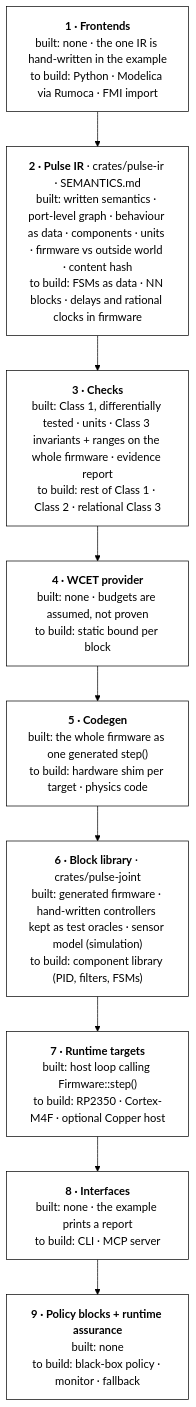
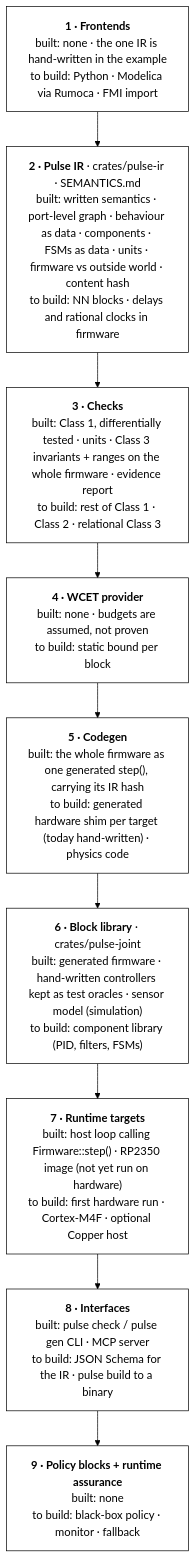
The diagram in README.md (Aragosta/Pulse), drawn with Mermaid before and after one commit. The commit also changed other lines of this file and 12 other files, not shown here.

````diff
--- a/README.md
+++ b/README.md
@@ -8,17 +8,17 @@
 ```mermaid
 flowchart TB
     L1["<b>1 · Frontends</b><br/>built: none · the one IR is hand-written in the example<br/>to build: Python · Modelica via Rumoca · FMI import"]
-    L2["<b>2 · Pulse IR</b> · crates/pulse-ir · SEMANTICS.md<br/>built: written semantics · port-level graph · behaviour as data · components · units · firmware vs outside world · content hash<br/>to build: FSMs as data · NN blocks · delays and rational clocks in firmware"]
+    L2["<b>2 · Pulse IR</b> · crates/pulse-ir · SEMANTICS.md<br/>built: written semantics · port-level graph · behaviour as data · components · FSMs as data · units · firmware vs outside world · content hash<br/>to build: NN blocks · delays and rational clocks in firmware"]
     L3["<b>3 · Checks</b><br/>built: Class 1, differentially tested · units · Class 3 invariants + ranges on the whole firmware · evidence report<br/>to build: rest of Class 1 · Class 2 · relational Class 3"]
     L4["<b>4 · WCET provider</b><br/>built: none · budgets are assumed, not proven<br/>to build: static bound per block"]
-    L5["<b>5 · Codegen</b><br/>built: the whole firmware as one generated step()<br/>to build: hardware shim per target · physics code"]
+    L5["<b>5 · Codegen</b><br/>built: the whole firmware as one generated step(), carrying its IR hash<br/>to build: generated hardware shim per target (today hand-written) · physics code"]
     L6["<b>6 · Block library</b> · crates/pulse-joint<br/>built: generated firmware · hand-written controllers kept as test oracles · sensor model (simulation)<br/>to build: component library (PID, filters, FSMs)"]
-    L7["<b>7 · Runtime targets</b><br/>built: host loop calling Firmware::step()<br/>to build: RP2350 · Cortex-M4F · optional Copper host"]
-    L8["<b>8 · Interfaces</b><br/>built: none · the example prints a report<br/>to build: CLI · MCP server"]
+    L7["<b>7 · Runtime targets</b><br/>built: host loop calling Firmware::step() · RP2350 image (not yet run on hardware)<br/>to build: first hardware run · Cortex-M4F · optional Copper host"]
+    L8["<b>8 · Interfaces</b><br/>built: pulse check / pulse gen CLI · MCP server<br/>to build: JSON Schema for the IR · pulse build to a binary"]
     L9["<b>9 · Policy blocks + runtime assurance</b><br/>built: none<br/>to build: black-box policy · monitor · fallback"]
 
     L1 --> L2 --> L3 --> L4 --> L5 --> L6 --> L7 --> L8 --> L9
 
     classDef default fill:#fff,stroke:#000,color:#000
     linkStyle default stroke:#000
 ```
````
